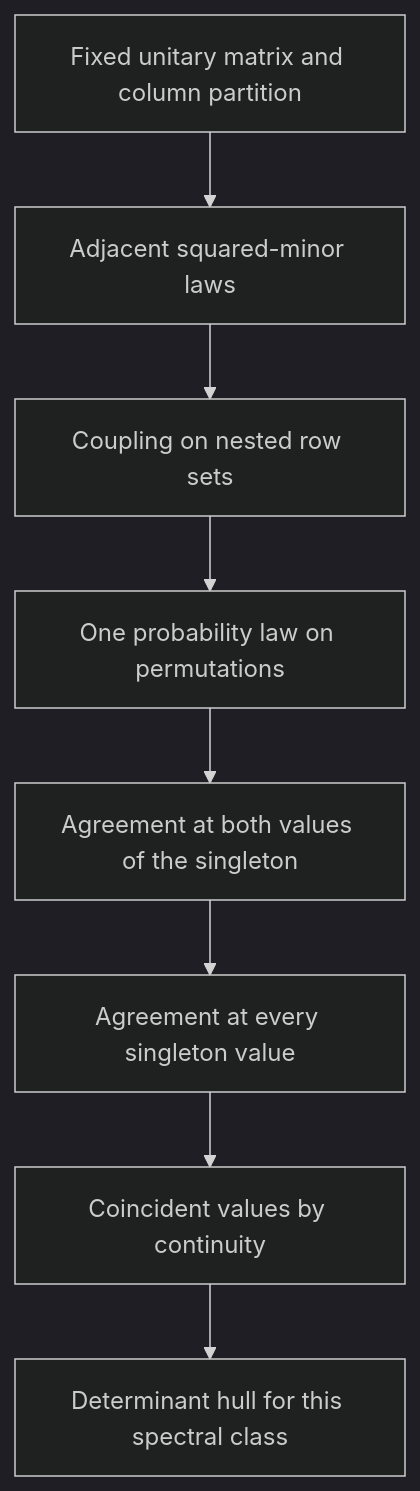
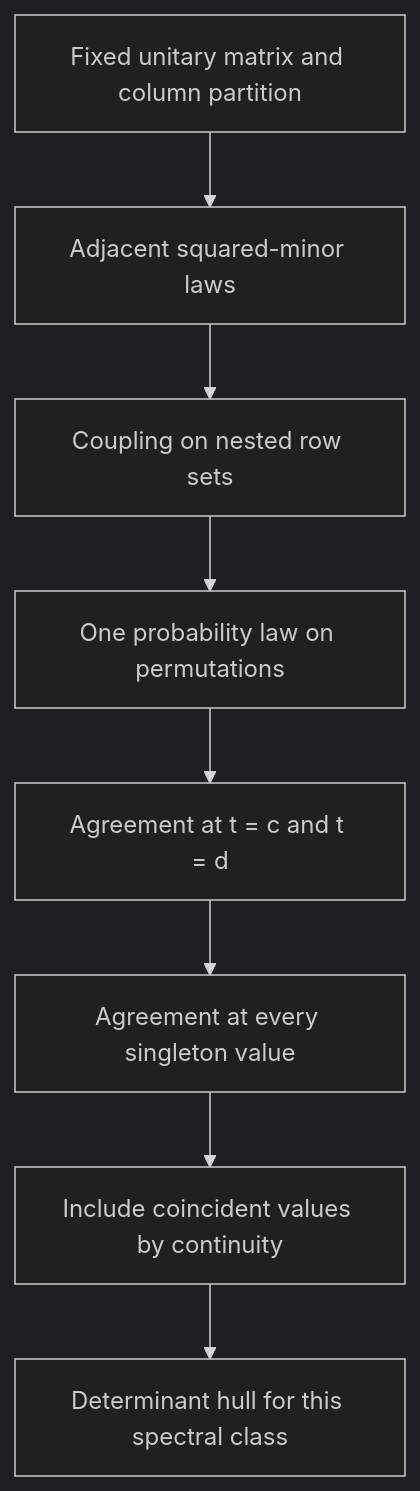
The first of 2 diagrams in Docs/three-spectral-values-with-one-singleton-proof-map.md (ascendnoosphere/MOC), drawn with Mermaid (dark theme) before and after one commit. The commit also changed other lines of this file and 148 other files, not shown here.

````diff
--- a/Docs/three-spectral-values-with-one-singleton-proof-map.md
+++ b/Docs/three-spectral-values-with-one-singleton-proof-map.md
@@ -24,12 +26,12 @@
 ```mermaid
 flowchart TD
     A["Fixed unitary matrix and column partition"]
     B["Adjacent squared-minor laws"]
     C["Coupling on nested row sets"]
     D["One probability law on permutations"]
-    E["Agreement at both values of the singleton"]
+    E["Agreement at t = c and t = d"]
     F["Agreement at every singleton value"]
-    G["Coincident values by continuity"]
+    G["Include coincident values by continuity"]
     H["Determinant hull for this spectral class"]
     A --> B --> C --> D --> E --> F --> G --> H
 ```
````
